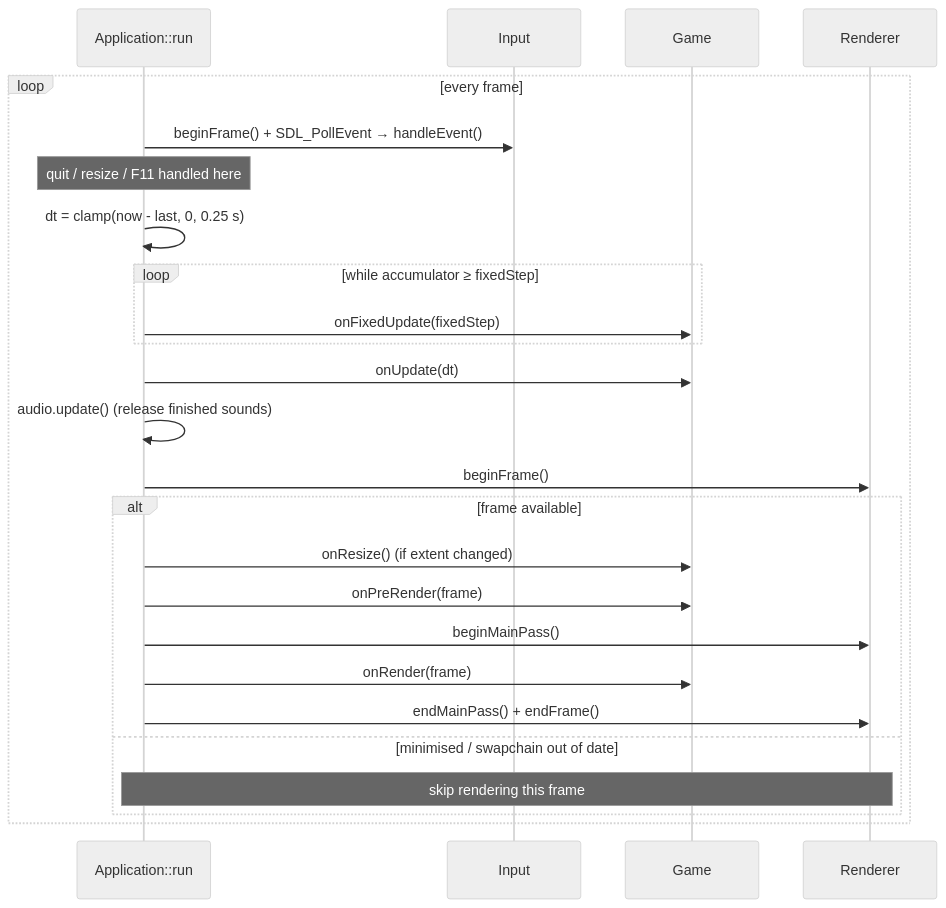
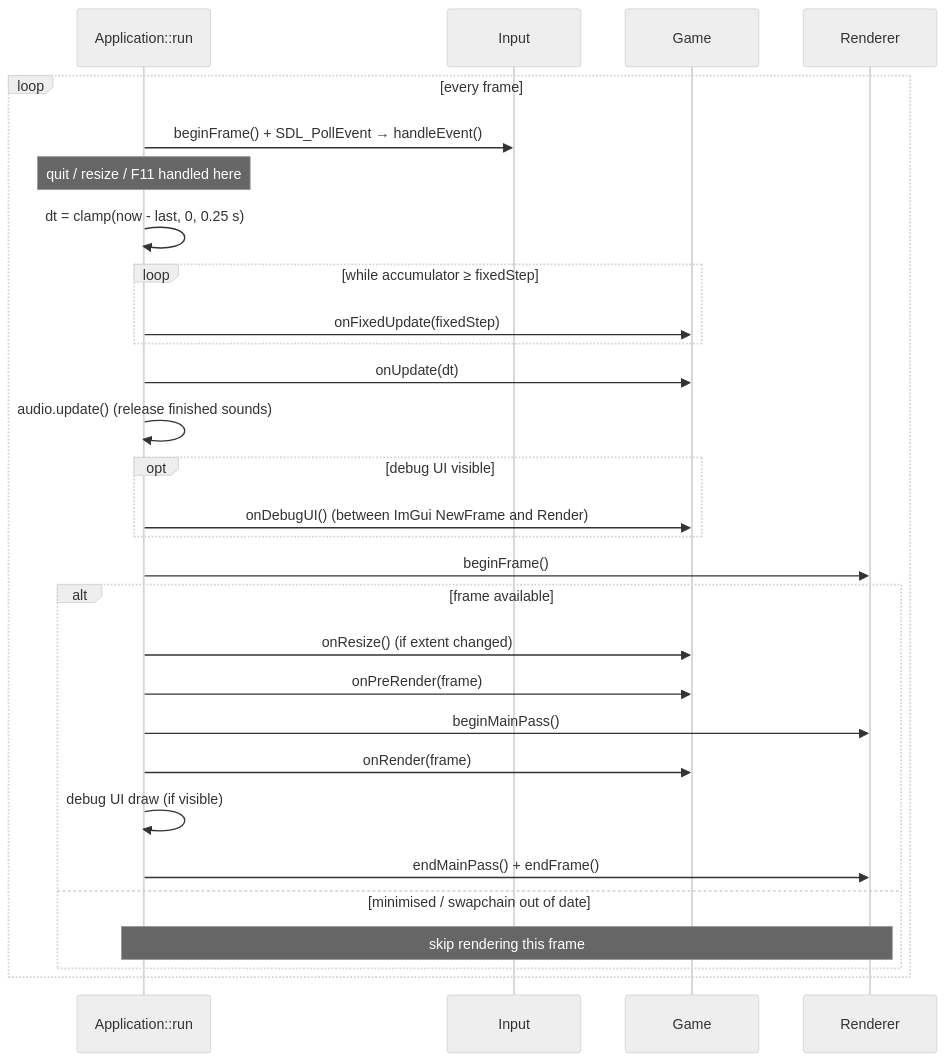
The fifth of 9 diagrams in docs/ARCHITECTURE.md (Chuck5ta/2DBaseFramework), drawn with Mermaid (neutral theme) before and after one commit. The commit also changed other lines of this file and 12 other files, not shown here.

````diff
--- a/docs/ARCHITECTURE.md
+++ b/docs/ARCHITECTURE.md
@@ -314,28 +381,32 @@
 ```mermaid
 sequenceDiagram
     participant App as Application::run
     participant In as Input
     participant G as Game
     participant R as Renderer
 
     loop every frame
         App->>In: beginFrame() + SDL_PollEvent → handleEvent()
         Note over App: quit / resize / F11 handled here
         App->>App: dt = clamp(now - last, 0, 0.25 s)
         loop while accumulator ≥ fixedStep
             App->>G: onFixedUpdate(fixedStep)
         end
         App->>G: onUpdate(dt)
         App->>App: audio.update() (release finished sounds)
+        opt debug UI visible
+            App->>G: onDebugUI() (between ImGui NewFrame and Render)
+        end
         App->>R: beginFrame()
         alt frame available
             App->>G: onResize() (if extent changed)
             App->>G: onPreRender(frame)
             App->>R: beginMainPass()
             App->>G: onRender(frame)
+            App->>App: debug UI draw (if visible)
             App->>R: endMainPass() + endFrame()
         else minimised / swapchain out of date
             Note over App,R: skip rendering this frame
         end
     end
 ```
````
